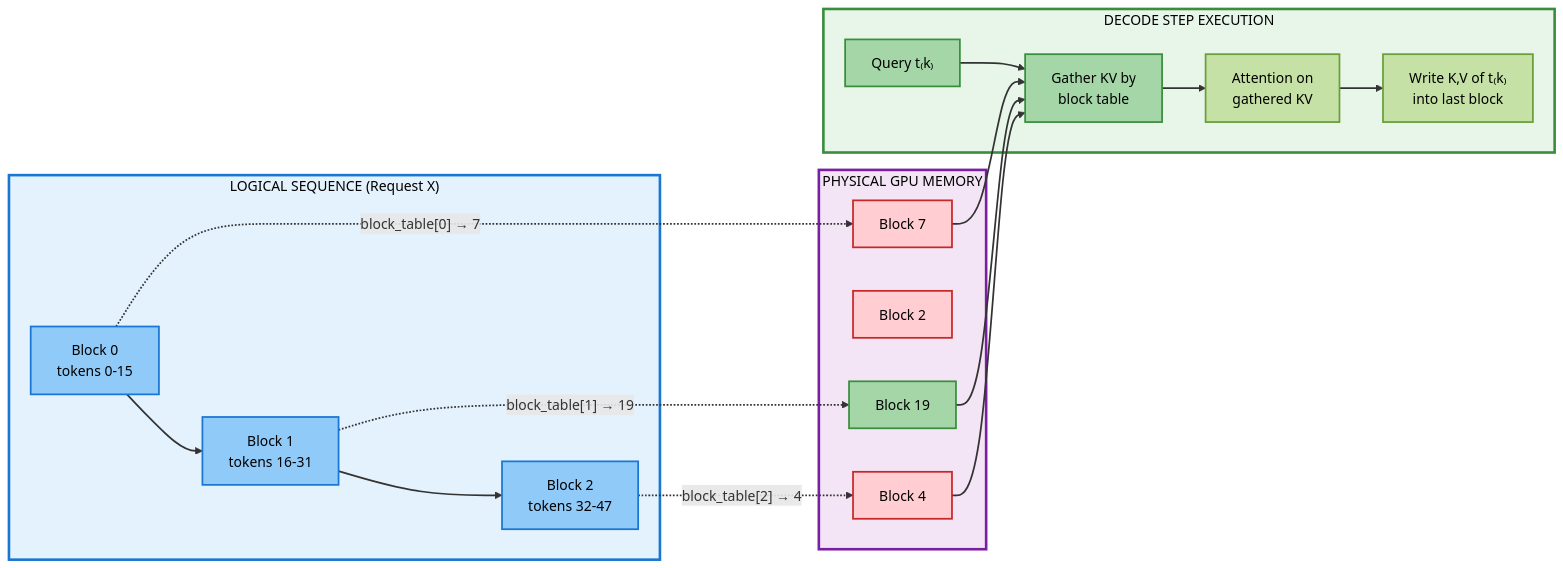
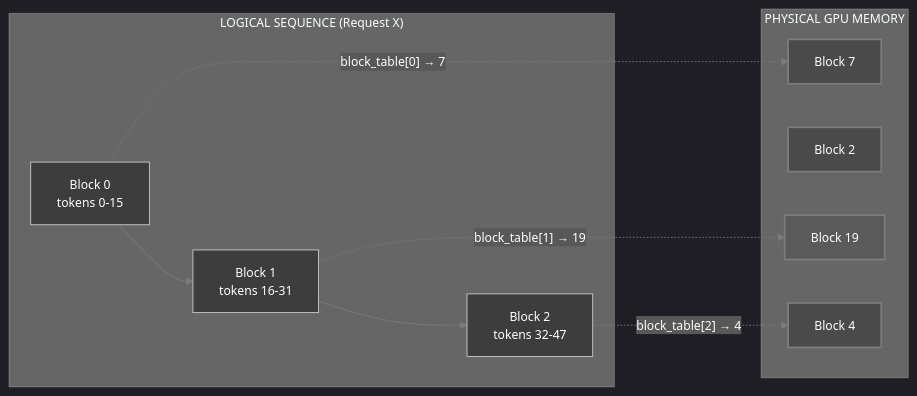
Before and after one commit to Shahriarin2garden/vllm_from_scratch: the eighth of 14 diagrams in lab0.1/README.md, drawn with Mermaid. The commit also changed other lines of this file and 2 other files, not shown here.

````diff
--- a/lab0.1/README.md
+++ b/lab0.1/README.md
@@ -466,46 +2210,24 @@
 ```mermaid
+%%{init: {'theme':'dark', 'themeVariables': { 'primaryColor':'#3d3d3d','primaryTextColor':'#fff','primaryBorderColor':'#7c7c7c','lineColor':'#7c7c7c','secondaryColor':'#4a4a4a','tertiaryColor':'#3d3d3d','background':'#2d2d2d','mainBkg':'#3d3d3d','secondBkg':'#4a4a4a','textColor':'#fff','fontSize':'14px'}}}%%
 flowchart LR
     subgraph LogicalView [" LOGICAL SEQUENCE (Request X) "]
         L1["Block 0<br/>tokens 0-15"] --> L2["Block 1<br/>tokens 16-31"];
         L2 --> L3["Block 2<br/>tokens 32-47"];
     end
 
     subgraph PhysicalGPU [" PHYSICAL GPU MEMORY "]
         P1["Block 7"]:::free
         P2["Block 2"]:::free
         P3["Block 19"]:::used
         P4["Block 4"]:::free
     end
 
     L1 -."block_table[0] → 7".-> P1
     L2 -."block_table[1] → 19".-> P3
     L3 -."block_table[2] → 4".-> P4
 
-    subgraph AttentionStep [" DECODE STEP EXECUTION "]
-        Q["Query t₍k₎"] ==> G["Gather KV by<br/>block table"];
-        G ==> A["Attention on<br/>gathered KV"];
-        A ==> U["Write K,V of t₍k₎<br/>into last block"];
-    end
-
-    P1 ==> G
-    P3 ==> G
-    P4 ==> G
-
-    linkStyle default stroke:#333,stroke-width:2px
-
-    style LogicalView fill:#e3f2fd,stroke:#1976d2,stroke-width:3px,color:#000
-    style PhysicalGPU fill:#f3e5f5,stroke:#7b1fa2,stroke-width:3px,color:#000
-    style AttentionStep fill:#e8f5e9,stroke:#388e3c,stroke-width:3px,color:#000
-    style L1 fill:#90caf9,stroke:#1976d2,stroke-width:2px,color:#000
-    style L2 fill:#90caf9,stroke:#1976d2,stroke-width:2px,color:#000
-    style L3 fill:#90caf9,stroke:#1976d2,stroke-width:2px,color:#000
-    style Q fill:#a5d6a7,stroke:#388e3c,stroke-width:2px,color:#000
-    style G fill:#a5d6a7,stroke:#388e3c,stroke-width:2px,color:#000
-    style A fill:#c5e1a5,stroke:#689f38,stroke-width:2px,color:#000
-    style U fill:#c5e1a5,stroke:#689f38,stroke-width:2px,color:#000
-
-    classDef used fill:#a5d6a7,stroke:#388e3c,stroke-width:2px,color:#000;
-    classDef free fill:#ffcdd2,stroke:#c62828,stroke-width:2px,color:#000;
+    classDef used fill:#5a5a5a,stroke:#7c7c7c,stroke-width:2px,color:#fff
+    classDef free fill:#4a4a4a,stroke:#7c7c7c,stroke-width:2px,color:#fff
     class P3 used;
     class P1,P2,P4 free;
 ```
````
